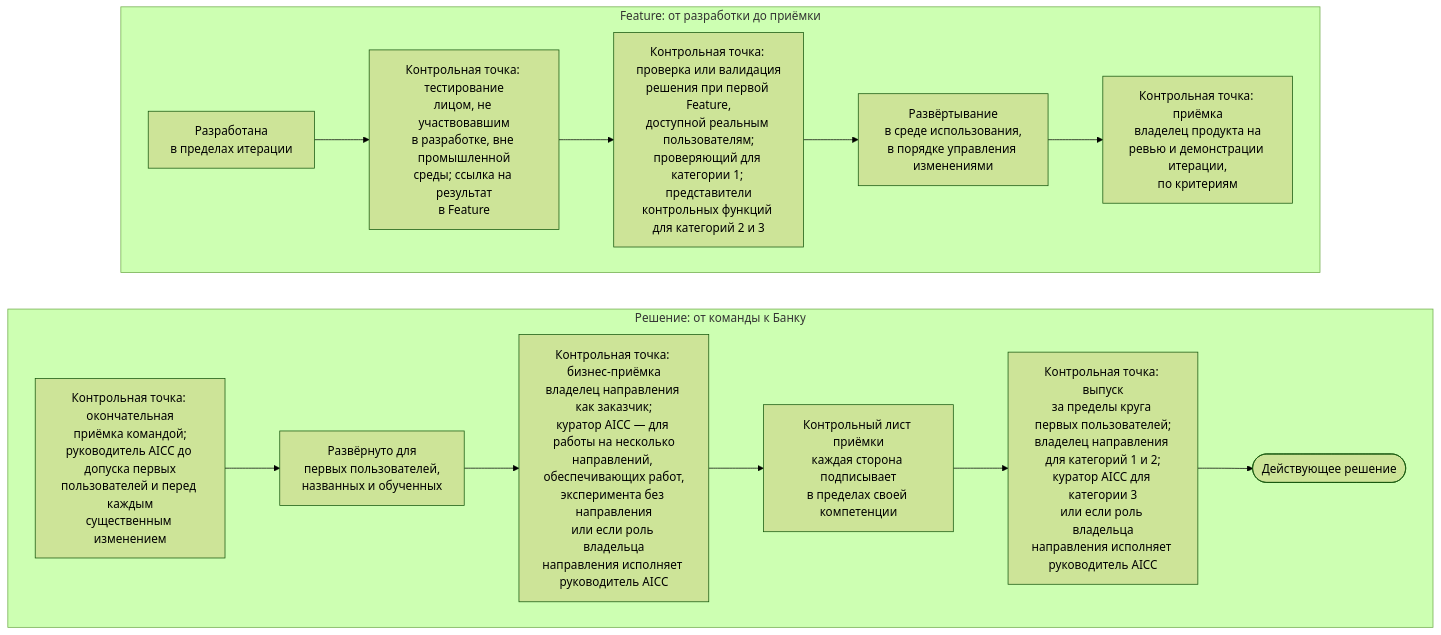
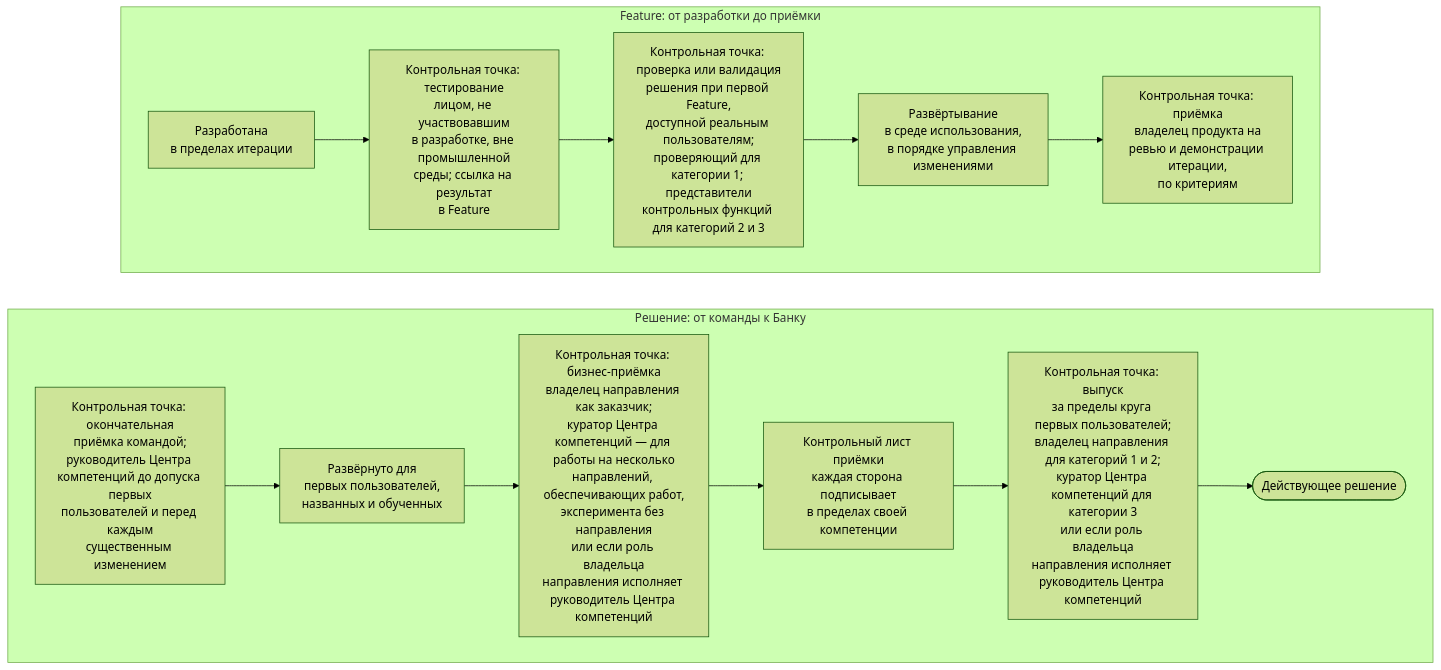
The diagram in portal/content/ru/delivery/quality-verification-and-release.md (devhogu/ob-aicc), drawn with Mermaid (forest theme) before and after one commit. The commit also changed other lines of this file and 1149 other files, not shown here.

````diff
--- a/portal/content/ru/delivery/quality-verification-and-release.md
+++ b/portal/content/ru/delivery/quality-verification-and-release.md
@@ -13,19 +13,19 @@
 ```mermaid
 flowchart TB
   subgraph ROW1["Feature: от разработки до приёмки"]
     direction LR
     B["Разработана<br/>в пределах итерации"] --> T["Контрольная точка: тестирование<br/>лицом, не участвовавшим<br/>в разработке, вне промышленной<br/>среды; ссылка на результат<br/>в Feature"]
     T --> CV["Контрольная точка: проверка или валидация<br/>решения при первой Feature,<br/>доступной реальным пользователям;<br/>проверяющий для категории 1; представители<br/>контрольных функций для категорий 2 и 3"]
     CV --> D["Развёртывание<br/>в среде использования,<br/>в порядке управления изменениями"]
     D --> A1["Контрольная точка: приёмка<br/>владелец продукта на<br/>ревью и демонстрации итерации,<br/>по критериям"]
   end
   subgraph ROW2["Решение: от команды к Банку"]
     direction LR
-    A2["Контрольная точка: окончательная<br/>приёмка командой;<br/>руководитель AICC до допуска первых<br/>пользователей и перед каждым<br/>существенным изменением"] --> FU["Развёрнуто для<br/>первых пользователей,<br/>названных и обученных"]
-    FU --> A3["Контрольная точка: бизнес-приёмка<br/>владелец направления как заказчик;<br/>куратор AICC — для работы на несколько<br/>направлений, обеспечивающих работ,<br/>эксперимента без направления<br/>или если роль владельца<br/>направления исполняет руководитель AICC"]
+    A2["Контрольная точка: окончательная<br/>приёмка командой;<br/>руководитель Центра компетенций до допуска первых<br/>пользователей и перед каждым<br/>существенным изменением"] --> FU["Развёрнуто для<br/>первых пользователей,<br/>названных и обученных"]
+    FU --> A3["Контрольная точка: бизнес-приёмка<br/>владелец направления как заказчик;<br/>куратор Центра компетенций — для работы на несколько<br/>направлений, обеспечивающих работ,<br/>эксперимента без направления<br/>или если роль владельца<br/>направления исполняет руководитель Центра компетенций"]
     A3 --> CL["Контрольный лист приёмки<br/>каждая сторона подписывает<br/>в пределах своей компетенции"]
-    CL --> RL["Контрольная точка: выпуск<br/>за пределы круга первых пользователей;<br/>владелец направления для категорий 1 и 2;<br/>куратор AICC для категории 3<br/>или если роль владельца<br/>направления исполняет руководитель AICC"]
+    CL --> RL["Контрольная точка: выпуск<br/>за пределы круга первых пользователей;<br/>владелец направления для категорий 1 и 2;<br/>куратор Центра компетенций для категории 3<br/>или если роль владельца<br/>направления исполняет руководитель Центра компетенций"]
     RL --> LV(["Действующее решение"])
   end
   ROW1 ~~~ ROW2
 ```
````
